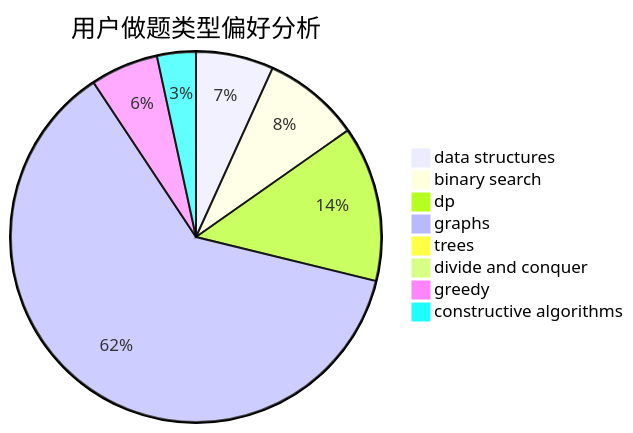
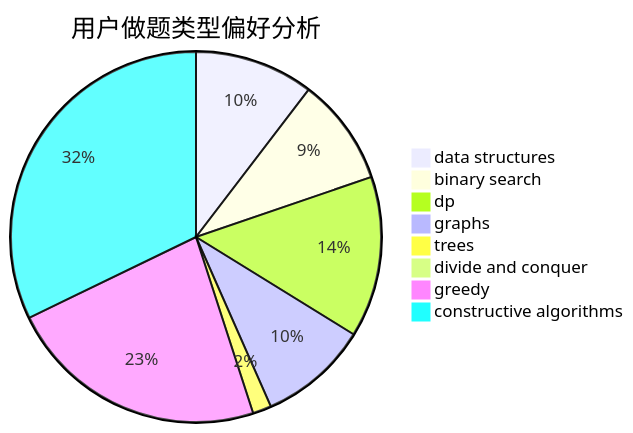
The second of 3 diagrams in docs/user/u706.md (sherpahu/cfrs.github.io), drawn with Mermaid before and after one commit. The commit also changed other lines of this file and 2770 other files, not shown here.

````diff
--- a/docs/user/u706.md
+++ b/docs/user/u706.md
@@ -23,11 +23,11 @@
 ```mermaid
 pie title 用户做题类型偏好分析
-    "data structures" :  8
-    "binary search" :  10
-    "dp" :  16
-    "graphs" :  73
-    "trees" :  0
+    "data structures" :  51
+    "binary search" :  46
+    "dp" :  69
+    "graphs" :  47
+    "trees" :  8
     "divide and conquer" :  0
-    "greedy" :  7
-    "constructive algorithms" :  4
+    "greedy" :  112
+    "constructive algorithms" :  158
 ```
````
